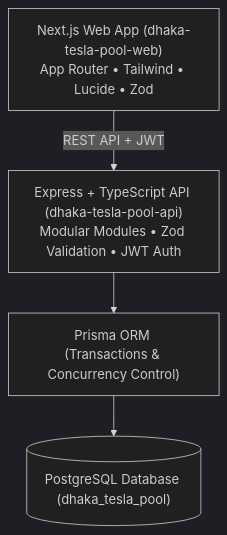
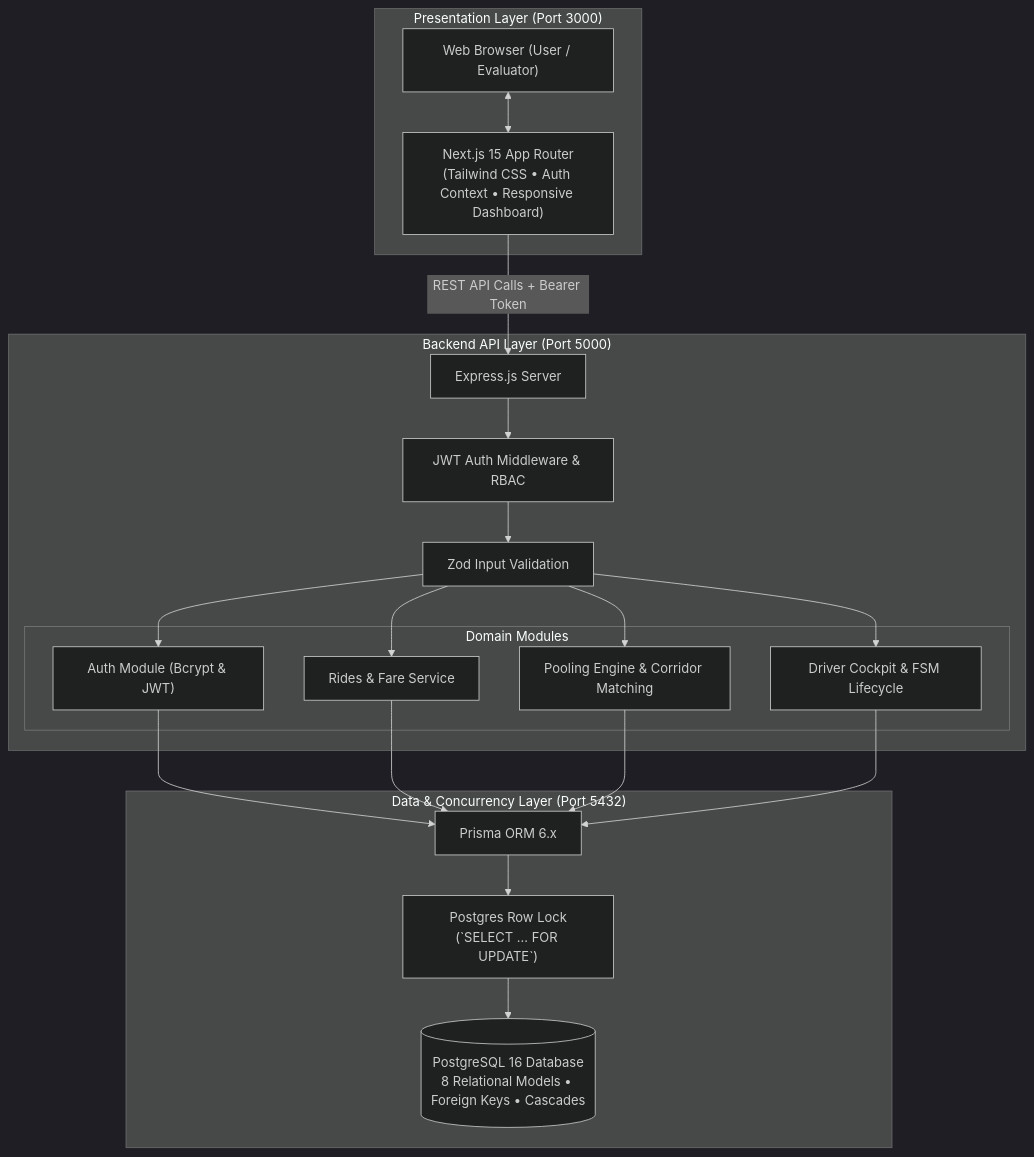
One commit to Maharab2134/dhaka-tesla-pool changed the first of 2 diagrams in README.md. Above: the diagram before and after it, drawn with Mermaid (dark theme). The commit also changed other lines of this file and 4 other files, not shown here.

Commit message:
docs(readme): add comprehensive architecture, erd, and complete project documentation

````diff
--- a/README.md
+++ b/README.md
@@ -11,11 +109,42 @@
 ```mermaid
 flowchart TD
-    Browser["Next.js Web App (dhaka-tesla-pool-web)<br/>App Router • Tailwind • Lucide • Zod"]
-    API["Express + TypeScript API (dhaka-tesla-pool-api)<br/>Modular Modules • Zod Validation • JWT Auth"]
-    Prisma["Prisma ORM (Transactions & Concurrency Control)"]
-    Postgres[("PostgreSQL Database (dhaka_tesla_pool)")]
+    subgraph Client["Presentation Layer (Port 3000)"]
+        Browser["Web Browser (User / Evaluator)"]
+        NextJS["Next.js 15 App Router<br/>(Tailwind CSS • Auth Context • Responsive Dashboard)"]
+        Browser <--> NextJS
+    end
 
-    Browser -->|REST API + JWT| API
-    API --> Prisma
-    Prisma --> Postgres
+    subgraph API["Backend API Layer (Port 5000)"]
+        Express["Express.js Server"]
+        AuthMid["JWT Auth Middleware & RBAC"]
+        Zod["Zod Input Validation"]
+        
+        subgraph Services["Domain Modules"]
+            AuthSvc["Auth Module (Bcrypt & JWT)"]
+            RidesSvc["Rides & Fare Service"]
+            PoolsSvc["Pooling Engine & Corridor Matching"]
+            DriversSvc["Driver Cockpit & FSM Lifecycle"]
+        end
+    end
+
+    subgraph Persistence["Data & Concurrency Layer (Port 5432)"]
+        Prisma["Prisma ORM 6.x"]
+        PessimisticLock["Postgres Row Lock<br/>(`SELECT ... FOR UPDATE`)"]
+        Postgres[("PostgreSQL 16 Database<br/>8 Relational Models • Foreign Keys • Cascades")]
+    end
+
+    NextJS -->|REST API Calls + Bearer Token| Express
+    Express --> AuthMid --> Zod
+    Zod --> AuthSvc
+    Zod --> RidesSvc
+    Zod --> PoolsSvc
+    Zod --> DriversSvc
+
+    AuthSvc --> Prisma
+    RidesSvc --> Prisma
+    PoolsSvc --> Prisma
+    DriversSvc --> Prisma
+
+    Prisma --> PessimisticLock
+    PessimisticLock --> Postgres
 ```
````
